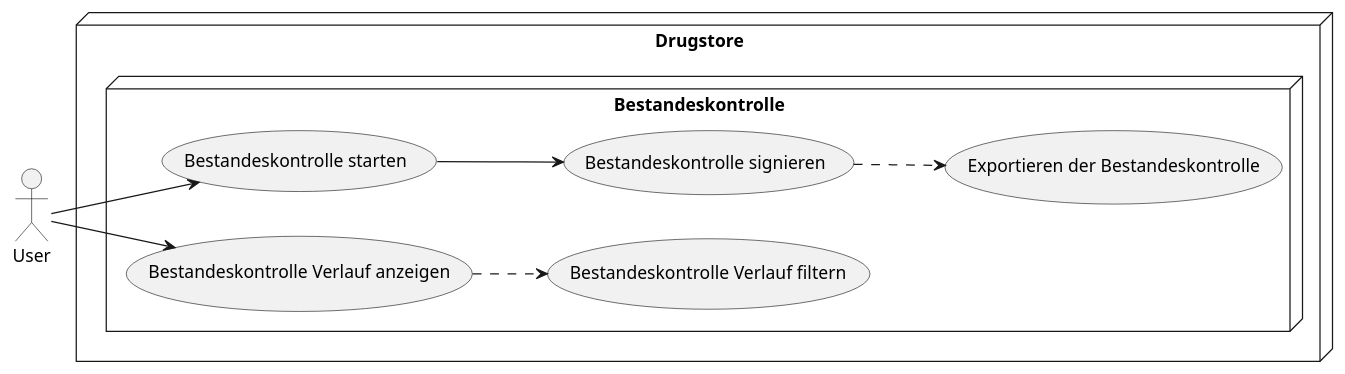
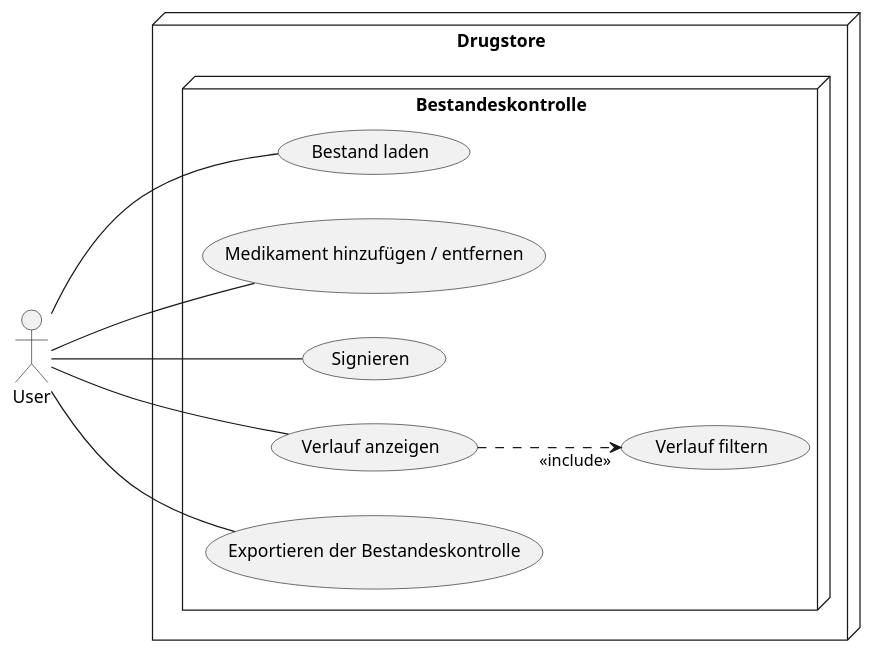
The diagram in docs/use-cases/40_stock-control.puml (lucahost/drugstore), drawn with PlantUML before and after one commit. The commit also changed 11 other files, not shown here.

Commit message:
Rework Interface, UseCase and Data-Model Diagrams

```diff
--- a/docs/use-cases/40_stock-control.puml
+++ b/docs/use-cases/40_stock-control.puml
@@ -1,20 +1,23 @@
 @startuml usecase-overview
 left to right direction
 node Drugstore {
 
     node Bestandeskontrolle {
-        usecase "Bestandeskontrolle starten" as UC41
-        usecase "Bestandeskontrolle signieren" as UC42
-        usecase "Exportieren der Bestandeskontrolle" as UC43
-        usecase "Bestandeskontrolle Verlauf anzeigen" as UC44
-        usecase "Bestandeskontrolle Verlauf filtern" as UC45
+        usecase "Bestand laden" as UC41
+        usecase "Medikament hinzufügen / entfernen" as UC42
+        usecase "Signieren" as UC43
+        usecase "Verlauf anzeigen" as UC44
+        usecase "Verlauf filtern" as UC45
+        usecase "Exportieren der Bestandeskontrolle" as UC46
     }
 }
-:User: --> UC41
-:User: --> UC44
 
-UC41 --> UC42
-UC42 ..> UC43
-UC44 ..> UC45
+:User: --- UC41
+:User: --- UC42
+:User: --- UC43
+:User: --- UC44
+:User: --- UC46
+
+UC44 ..> "<<include>>" UC45
 
 @enduml
```
